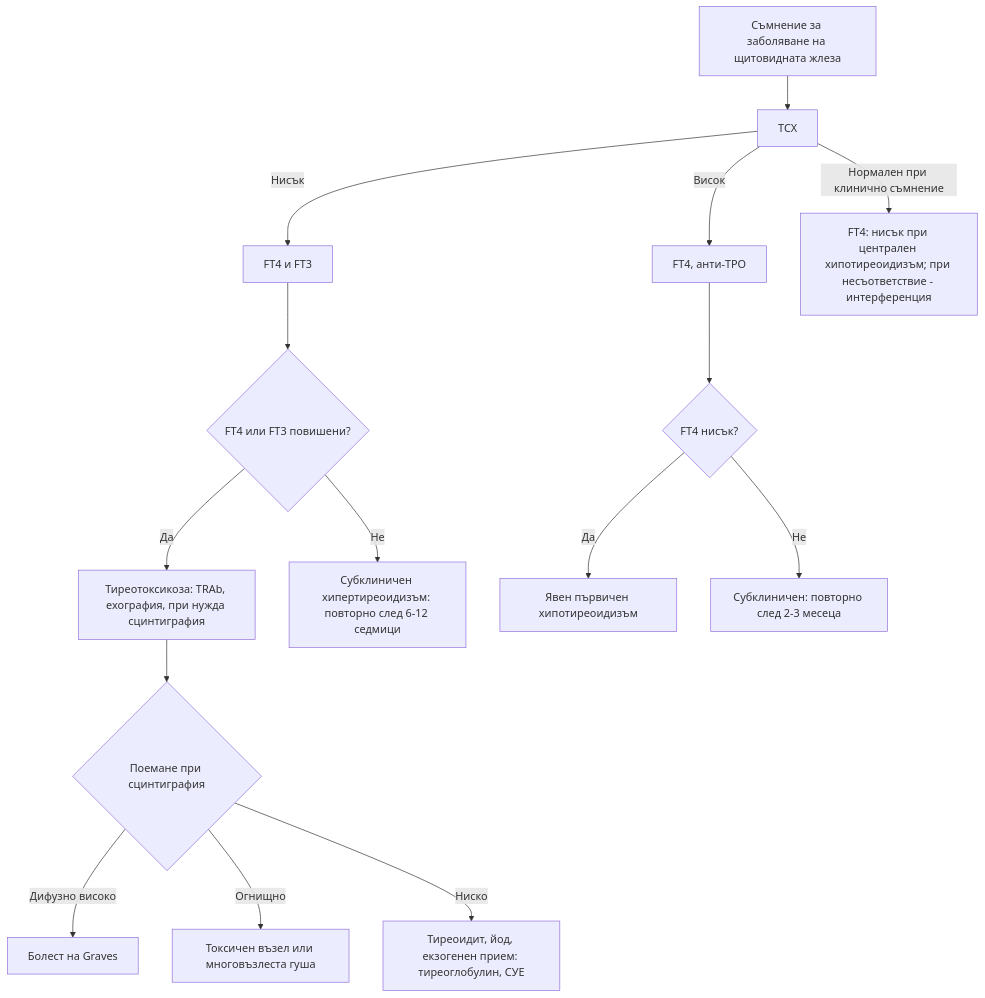
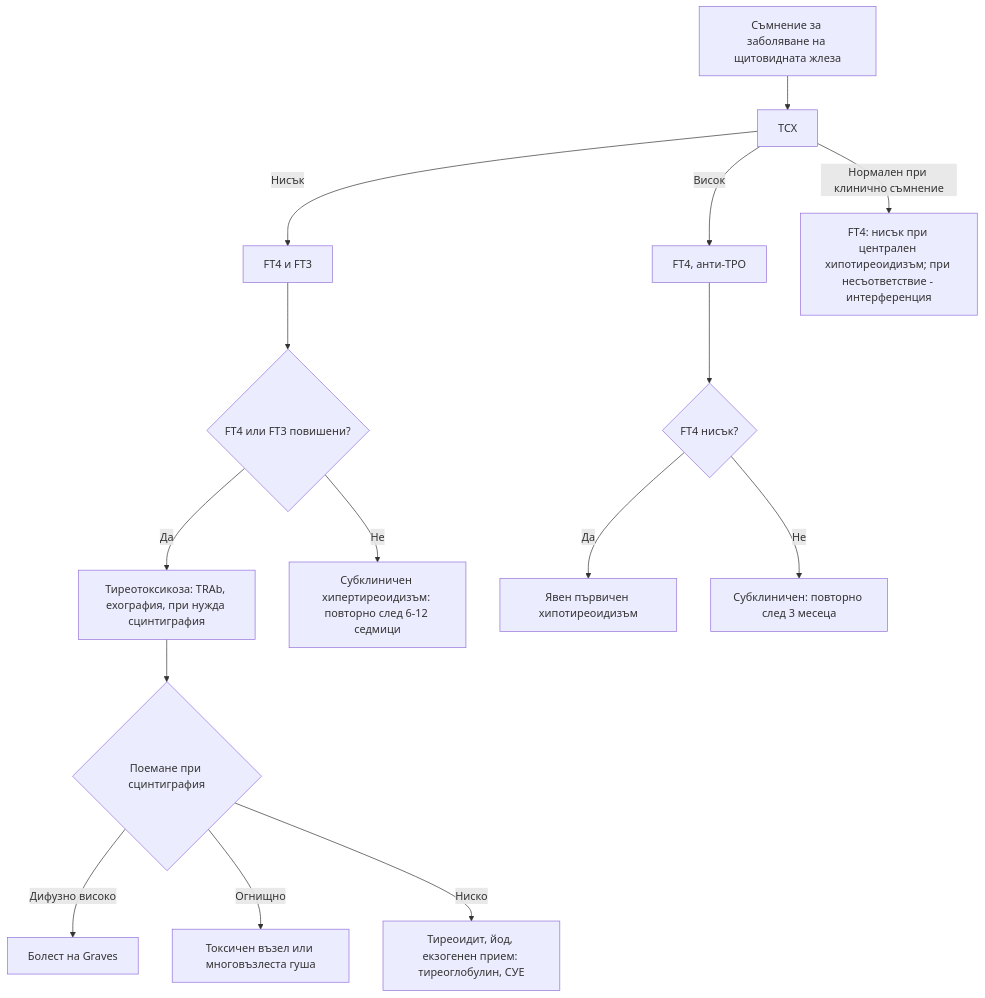
One commit to yancho26/yancho changed the diagram in glavi/37-shtitovidna-zhleza.md. Above: the diagram before and after it, drawn with Mermaid. The commit also changed other lines of this file and 1 other file, not shown here.

````diff
--- a/glavi/37-shtitovidna-zhleza.md
+++ b/glavi/37-shtitovidna-zhleza.md
@@ -164,17 +177,17 @@
 ```mermaid
 flowchart TD
     A["Съмнение за заболяване на щитовидната жлеза"] --> B["ТСХ"]
     B -->|Нисък| C["FT4 и FT3"]
     C --> D{"FT4 или FT3 повишени?"}
     D -->|Да| E["Тиреотоксикоза: TRAb, ехография, при нужда сцинтиграфия"]
     E --> F{"Поемане при сцинтиграфия"}
     F -->|Дифузно високо| G["Болест на Graves"]
     F -->|Огнищно| H["Токсичен възел или многовъзлеста гуша"]
     F -->|Ниско| I["Тиреоидит, йод, екзогенен прием: тиреоглобулин, СУЕ"]
     D -->|Не| J["Субклиничен хипертиреоидизъм: повторно след 6-12 седмици"]
     B -->|Висок| K["FT4, анти-TPO"]
     K --> L{"FT4 нисък?"}
     L -->|Да| M["Явен първичен хипотиреоидизъм"]
-    L -->|Не| N["Субклиничен: повторно след 2-3 месеца"]
+    L -->|Не| N["Субклиничен: повторно след 3 месеца"]
     B -->|Нормален при клинично съмнение| O["FT4: нисък при централен хипотиреоидизъм; при несъответствие - интерференция"]
 ```
````
